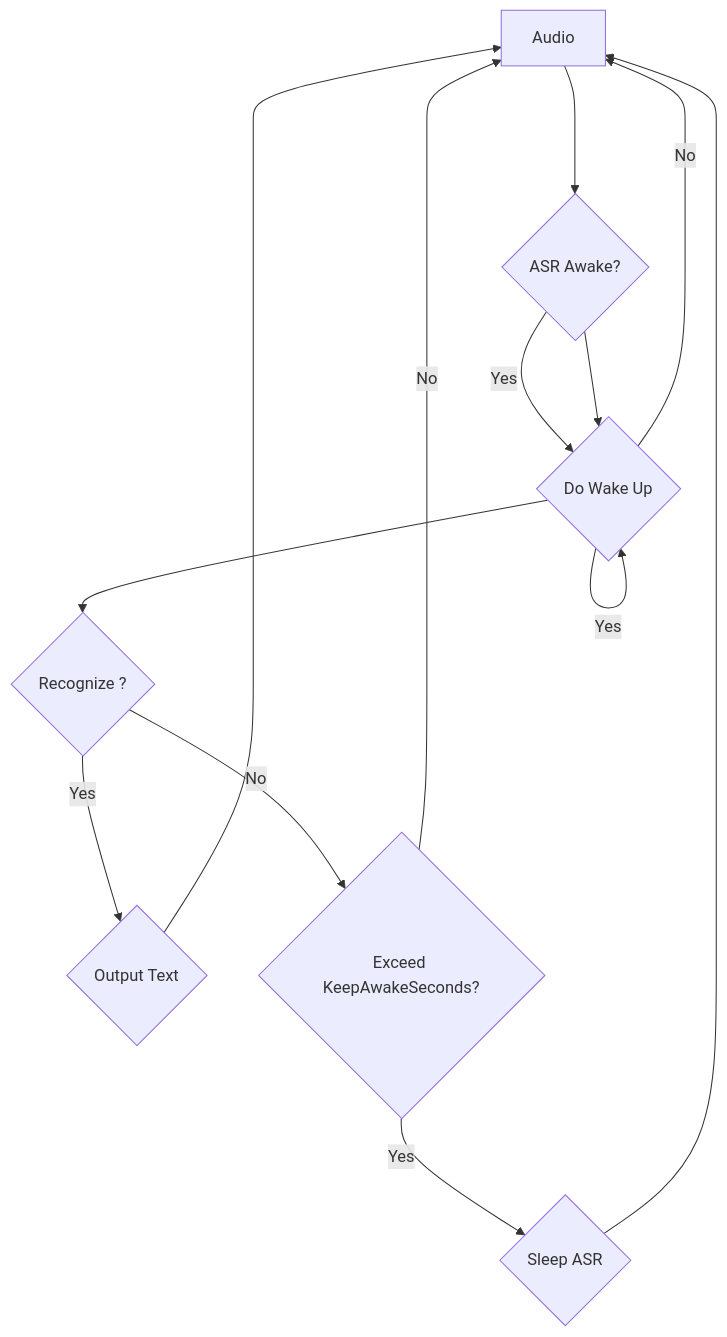
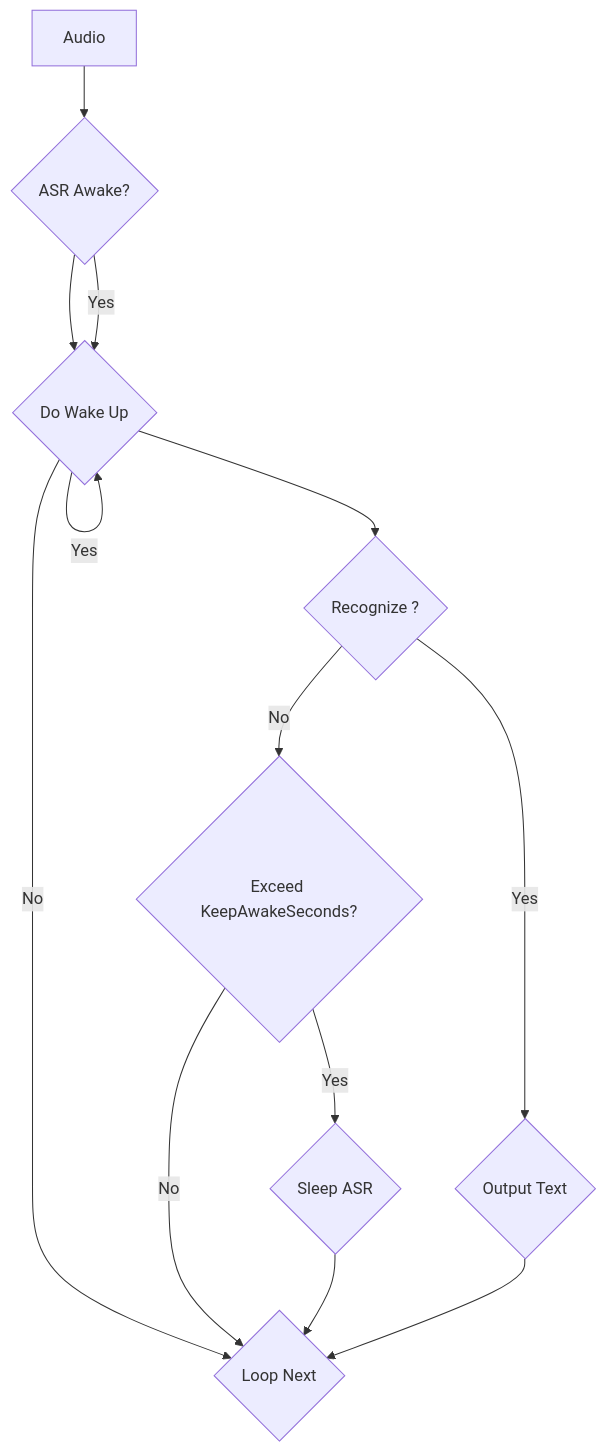
The diagram in docs/speech/wakeup.md (endink/Mediapipe4u-plugin), drawn with Mermaid before and after one commit.

````diff
--- a/docs/speech/wakeup.md
+++ b/docs/speech/wakeup.md
@@ -63,19 +63,20 @@
 ``` mermaid
 graph TD
   A[Audio] --> B{ASR Awake?};
   B --> |Yes| C{ASR};
   B --> C{Do Wake Up};
   C -->|Yes| C
   C --> D{Recognize ?}
 
   D -->|Yes| E{Output Text};
-  E --> A
+  E --> H
  
   D -->|No| F{Exceed KeepAwakeSeconds?};
 
   F --> |Yes| G{Sleep ASR}
-  G --> A
-  F --> |No| A
+  G --> H{Loop Next}
+  F --> |No| H
   
-  C ---->|No| A;
+  C ---->|No| H;
+  
 ```
````
